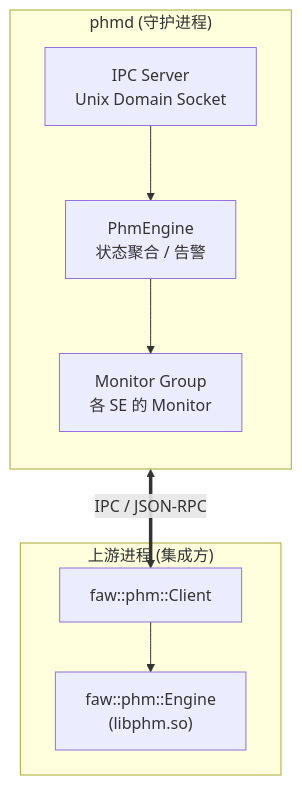
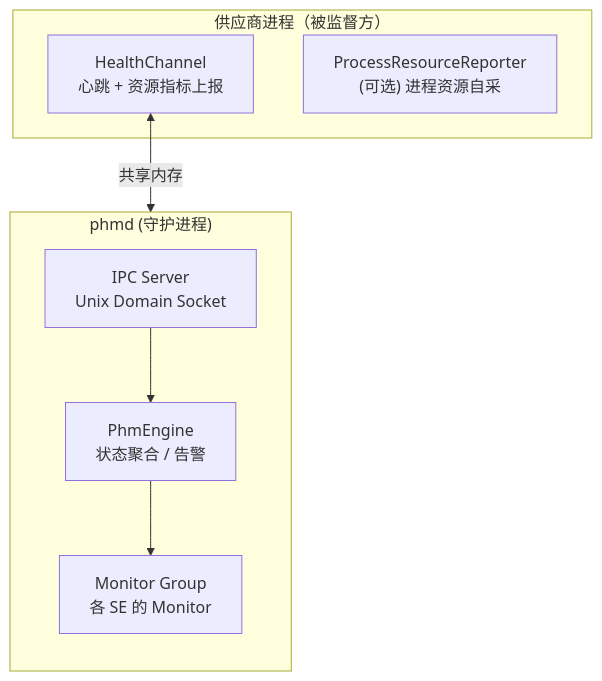
One commit to DustEater/phm changed the second of 7 diagrams in doc/spec.md. Above: the diagram before and after it, drawn with Mermaid. The commit also changed other lines of this file and 2 other files, not shown here.

````diff
--- a/doc/spec.md
+++ b/doc/spec.md
@@ -78,18 +84,18 @@
 ```mermaid
 flowchart TB
     subgraph PHMD["phmd (守护进程)"]
         direction TB
         IPC["IPC Server<br/>Unix Domain Socket"]
         PE["PhmEngine<br/>状态聚合 / 告警"]
         MG["Monitor Group<br/>各 SE 的 Monitor"]
     end
 
-    subgraph UP["上游进程 (集成方)"]
-        CLI["faw::phm::Client"]
-        E2["faw::phm::Engine<br/>(libphm.so)"]
+    subgraph SP["供应商进程（被监督方）"]
+        HC["HealthChannel<br/>心跳 + 资源指标上报"]
+        RR["ProcessResourceReporter<br/>(可选) 进程资源自采"]
     end
 
-    IPC <==> |IPC / JSON-RPC| CLI
-    CLI --> E2
-    IPC --> PE --> MG
+    HC <--> |共享内存| MG
+    IPC --> PE
+    PE --> MG
 ```
````
